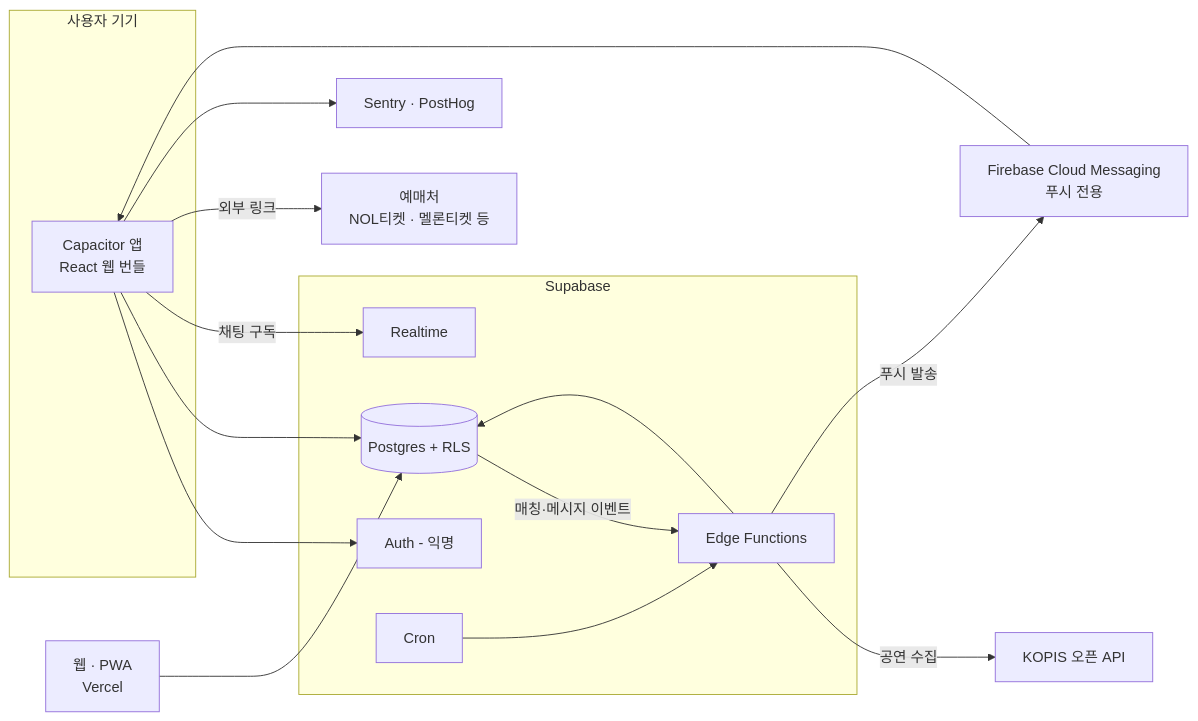
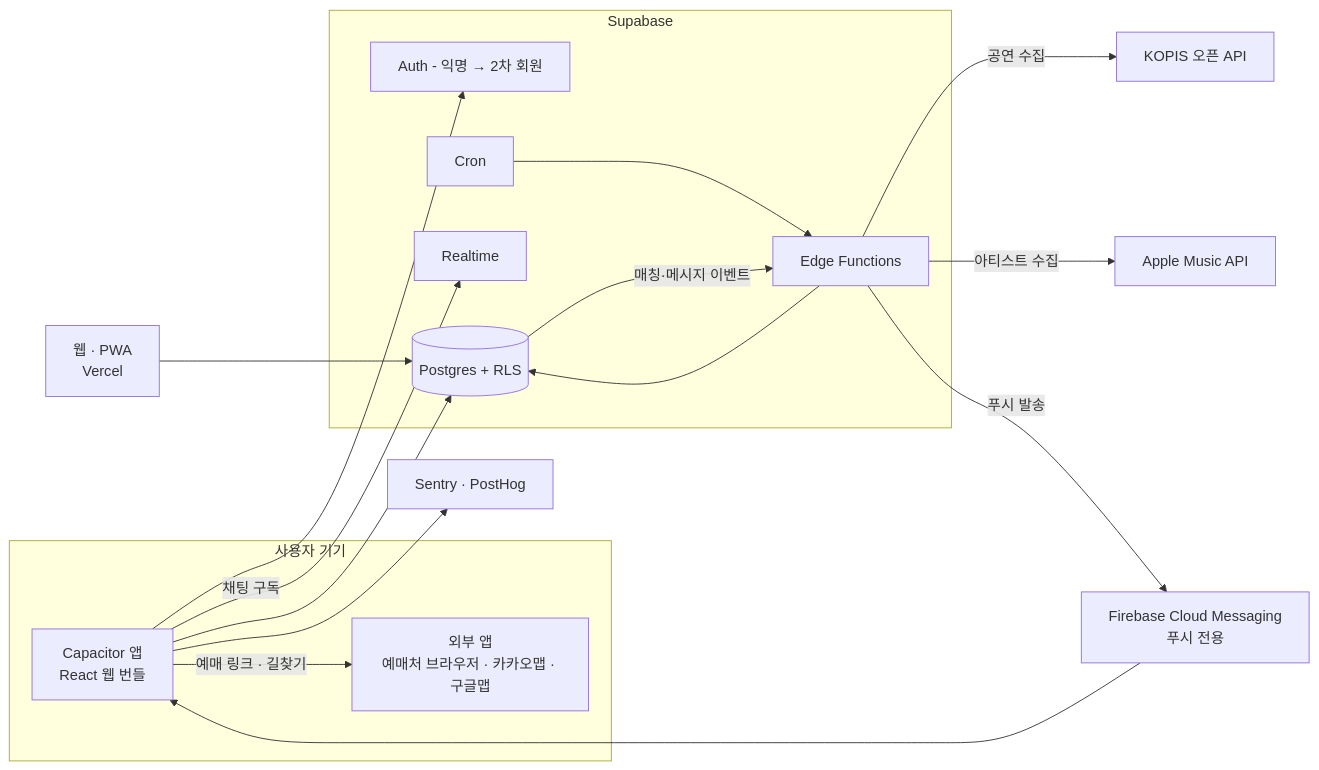
The second of 3 diagrams in docs/공연캘린더_취향매칭앱_기획서.md (yxojh0nn/DUCKCHINSO_proj), drawn with Mermaid before and after one commit. The commit also changed other lines of this file and 1 other file, not shown here.

````diff
--- a/docs/공연캘린더_취향매칭앱_기획서.md
+++ b/docs/공연캘린더_취향매칭앱_기획서.md
@@ -85,30 +95,32 @@
 ```mermaid
 flowchart LR
     subgraph DEV["사용자 기기"]
         APP["Capacitor 앱<br/>React 웹 번들"]
+        EXT["외부 앱<br/>예매처 브라우저 · 카카오맵 · 구글맵"]
     end
     WEB["웹 · PWA<br/>Vercel"]
     subgraph SB["Supabase"]
-        AUTH["Auth - 익명"]
+        AUTH["Auth - 익명 → 2차 회원"]
         DB[("Postgres + RLS")]
         RT["Realtime"]
         EF["Edge Functions"]
         CRON["Cron"]
     end
     KOPIS["KOPIS 오픈 API"]
+    AM["Apple Music API"]
     FCM["Firebase Cloud Messaging<br/>푸시 전용"]
-    TICKET["예매처<br/>NOL티켓 · 멜론티켓 등"]
     MON["Sentry · PostHog"]
     APP --> AUTH
     APP --> DB
     APP -- 채팅 구독 --> RT
     WEB --> DB
     CRON --> EF
     EF -- 공연 수집 --> KOPIS
+    EF -- 아티스트 수집 --> AM
     EF --> DB
     DB -- 매칭·메시지 이벤트 --> EF
     EF -- 푸시 발송 --> FCM
     FCM --> APP
-    APP -- 외부 링크 --> TICKET
+    APP -- 예매 링크 · 길찾기 --> EXT
     APP --> MON
 ```
````
